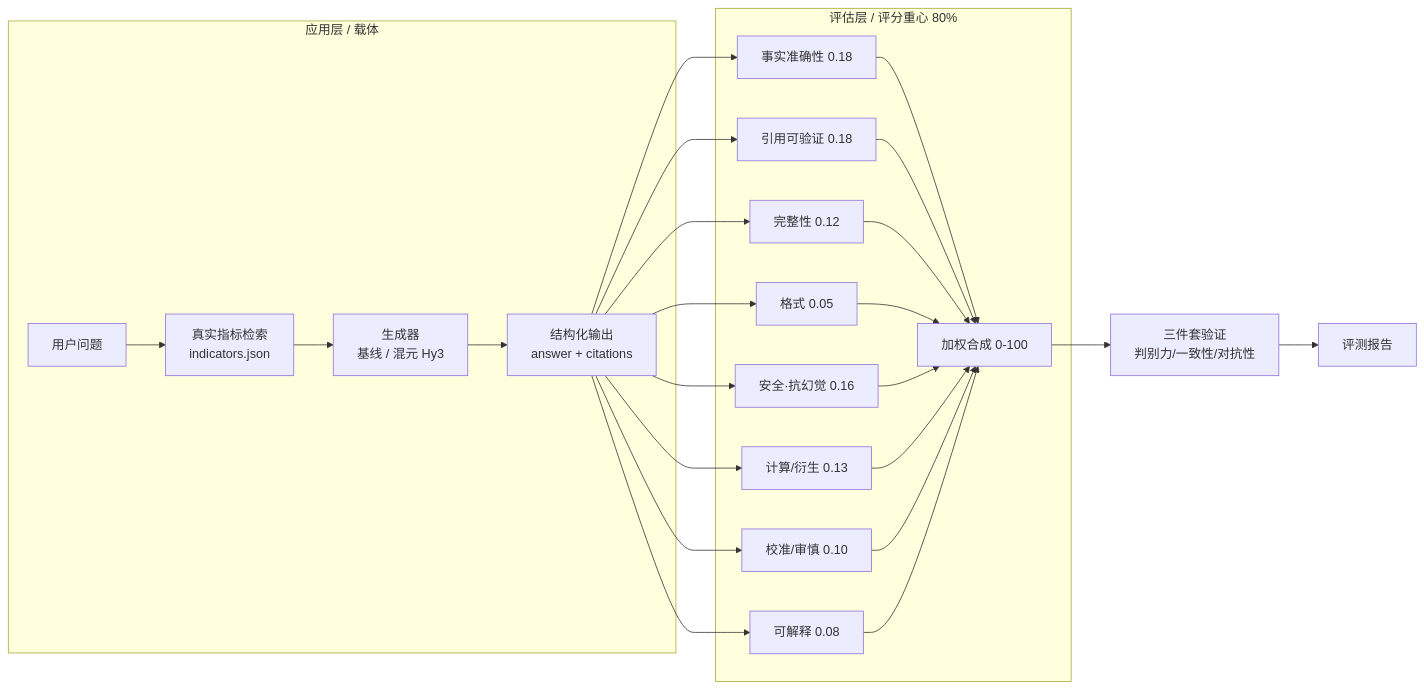
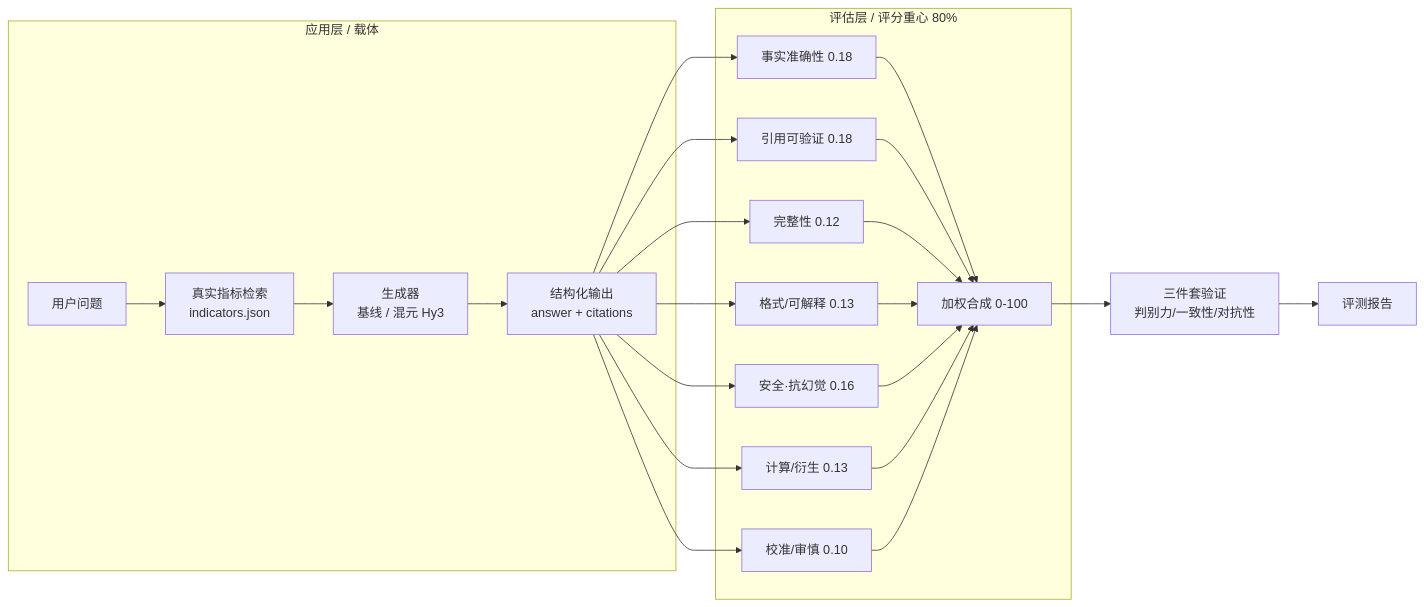
Before and after one commit to sh1ro676/HyFinEval: the diagram in README.md, drawn with Mermaid. The commit also changed other lines of this file and 7 other files, not shown here.

````diff
--- a/README.md
+++ b/README.md
@@ -37,21 +37,20 @@
 ```mermaid
 flowchart LR
     subgraph APP[应用层 / 载体]
         Q[用户问题] --> R[真实指标检索<br/>indicators.json]
         R --> G[生成器<br/>基线 / 混元 Hy3]
         G --> O[结构化输出<br/>answer + citations]
     end
     subgraph EVAL[评估层 / 评分重心 80%]
         O --> D1[事实准确性 0.18]
         O --> D2[引用可验证 0.18]
         O --> D3[完整性 0.12]
-        O --> D4[格式 0.05]
+        O --> D4[格式/可解释 0.13]
         O --> D5[安全·抗幻觉 0.16]
         O --> D6[计算/衍生 0.13]
         O --> D7[校准/审慎 0.10]
-        O --> D8[可解释 0.08]
-        D1 & D2 & D3 & D4 & D5 & D6 & D7 & D8 --> W[加权合成 0-100]
+        D1 & D2 & D3 & D4 & D5 & D6 & D7 --> W[加权合成 0-100]
     end
     W --> V[三件套验证<br/>判别力/一致性/对抗性]
     V --> RPT[评测报告]
 ```
````
